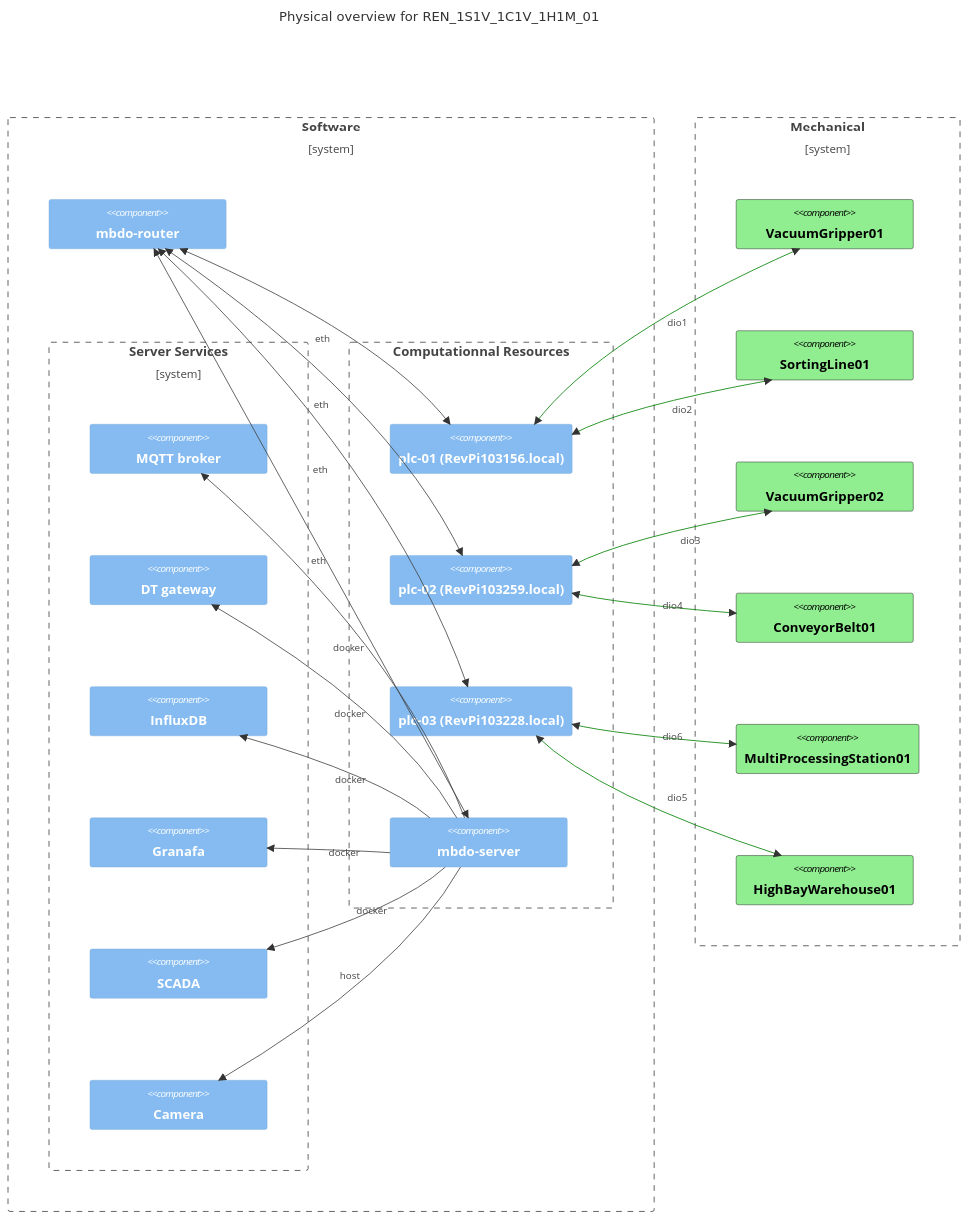
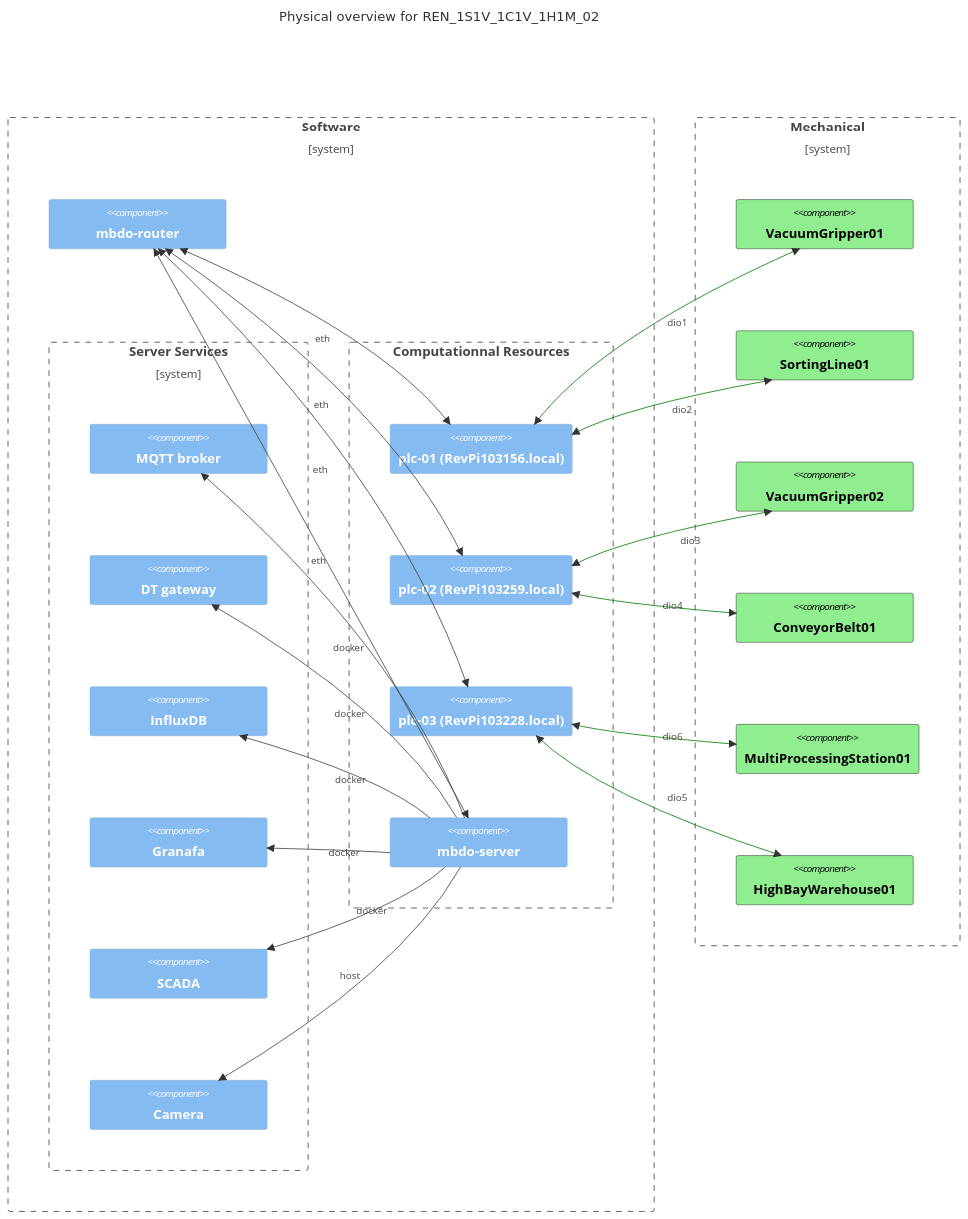
One commit to edt-edu/dt-setups changed the diagram in REN_Setups/REN_1S1V_1C1V_1H1M_02/docs/setup_description.adoc. Above: the diagram before and after it, drawn with Mermaid. The commit also changed other lines of this file and 4 other files, not shown here.

```diff
--- a/REN_Setups/REN_1S1V_1C1V_1H1M_02/docs/setup_description.adoc
+++ b/REN_Setups/REN_1S1V_1C1V_1H1M_02/docs/setup_description.adoc
@@ -42,82 +42,82 @@
 [mermaid]
 ----
 C4Context
-      title Physical overview for REN_1S1V_1C1V_1H1M_01
+      title Physical overview for REN_1S1V_1C1V_1H1M_02
       
       Boundary(b_sofware, "Software") {
         
 
         Boundary(b_services, "Server Services") {
         
             Component(mqtt, "MQTT broker", "")
             Component(gateway, "DT gateway", "")
             Component(influxdb, "InfluxDB", "")
             Component(grafana, "Granafa", "")
             Component(scada, "SCADA", "")
             Component(camera, "Camera", "")
 
         }
 
         Component(mbdoRouter, "mbdo-router", "")
         Boundary(b_network, "Computationnal Resources", "") {
             Component(mbdoPLC01, "plc-01 (RevPi103156.local)", "")
             Component(mbdoPLC02, "plc-02 (RevPi103259.local)", "")
             Component(mbdoPLC03, "plc-03 (RevPi103228.local)", "")
             Component(mbdoServer, "mbdo-server", "")
 
         }
 
       }
 
       Boundary(b_mechanical, "Mechanical") {
         
         Component(vgr1, "VacuumGripper01", "")
         Component(slc1, "SortingLine01", "")
         Component(vgr2, "VacuumGripper02", "")
         Component(cb1,  "ConveyorBelt01", "")
         Component(mps1, "MultiProcessingStation01", "")
         Component(hbw1, "HighBayWarehouse01", "")
 
       }
       
     
       
       BiRel(mbdoServer, mbdoRouter, "eth")
       BiRel(mbdoPLC01, mbdoRouter, "eth")
       BiRel(mbdoPLC02, mbdoRouter, "eth")
       BiRel(mbdoPLC03, mbdoRouter, "eth")
 
       Rel(mbdoServer, mqtt, "docker")
       Rel(mbdoServer, camera, "host")
       Rel(mbdoServer, scada, "docker")
       Rel(mbdoServer, gateway, "docker")
       Rel(mbdoServer, influxdb, "docker")
       Rel(mbdoServer, grafana, "docker")
 
       BiRel(mbdoPLC01, vgr1, "dio1")
       BiRel(mbdoPLC01, slc1, "dio2")
       BiRel(mbdoPLC02, vgr2, "dio3")
       BiRel(mbdoPLC02, cb1, "dio4")
       BiRel(mbdoPLC03, mps1, "dio6")
       BiRel(mbdoPLC03, hbw1, "dio5")
 
 
 
       UpdateElementStyle(vgr1, $fontColor="black", $bgColor="lightgreen", $borderColor="black")
       UpdateElementStyle(slc1, $fontColor="black", $bgColor="lightgreen", $borderColor="black")
       UpdateElementStyle(vgr2, $fontColor="black", $bgColor="lightgreen", $borderColor="black")
       UpdateElementStyle(cb1, $fontColor="black", $bgColor="lightgreen", $borderColor="black")
       UpdateElementStyle(mps1, $fontColor="black", $bgColor="lightgreen", $borderColor="black")
       UpdateElementStyle(hbw1, $fontColor="black", $bgColor="lightgreen", $borderColor="black")
       
       UpdateRelStyle(mbdoPLC01, vgr1,  $lineColor="green", $offsetY="-20")
       UpdateRelStyle(mbdoPLC01, slc1,  $lineColor="green", $offsetX="0")
       UpdateRelStyle(mbdoPLC02, vgr2,  $lineColor="green", $offsetX="10")
       UpdateRelStyle(mbdoPLC02, cb1,  $lineColor="green", $offsetX="10")
       UpdateRelStyle(mbdoPLC03, mps1,  $lineColor="green", $offsetX="10")
       UpdateRelStyle(mbdoPLC03, hbw1,  $lineColor="green", $offsetX="10")
       UpdateRelStyle(mbdoServer, mbdoRouter,  $offsetY="30")
 
  
       UpdateLayoutConfig($c4ShapeInRow="3", $c4BoundaryInRow="2")
 ----
```
